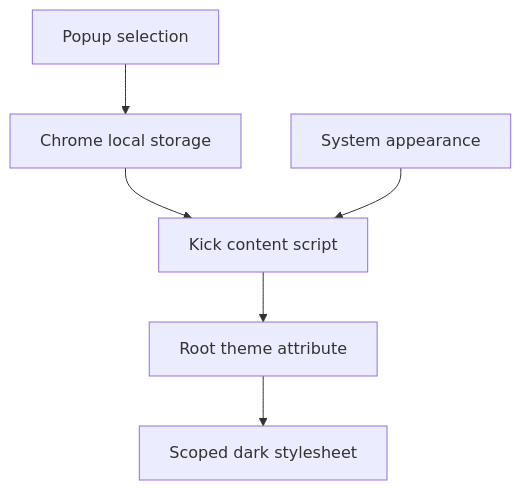
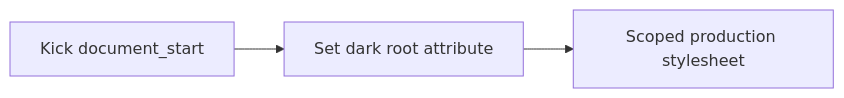
The diagram in docs/superpowers/specs/2026-07-27-kick-night-mode-design.md (fantomsuj/kickdark), drawn with Mermaid before and after one commit. The commit also changed other lines of this file and 75 other files, not shown here.

Commit message:
Make Kick dark mode always on

````diff
--- a/docs/superpowers/specs/2026-07-27-kick-night-mode-design.md
+++ b/docs/superpowers/specs/2026-07-27-kick-night-mode-design.md
@@ -69,8 +49,5 @@
 ```mermaid
-flowchart TD
-    A["Popup selection"] --> B["Chrome local storage"]
-    B --> C["Kick content script"]
-    D["System appearance"] --> C
-    C --> E["Root theme attribute"]
-    E --> F["Scoped dark stylesheet"]
+flowchart LR
+    A["Kick document_start"] --> B["Set dark root attribute"]
+    B --> C["Scoped production stylesheet"]
 ```
````
